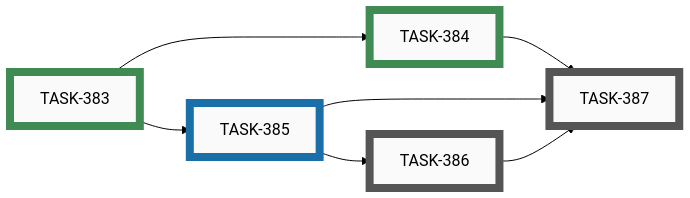
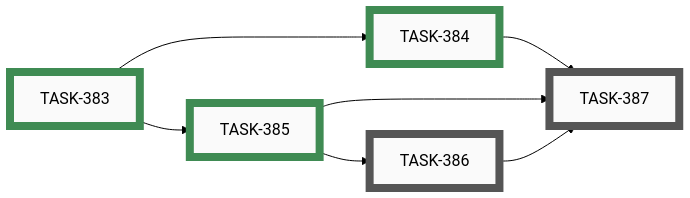
The tenth of 11 diagrams in docs/developers/tasks/EPICS.md (tgd1975/AwesomeGuitarPedal), drawn with Mermaid (forest theme) before and after one commit. The commit also changed other lines of this file and 3 other files, not shown here.

First line of the commit message:
close TASK-385: Wiring test tool — LED group modes (on/off/blinking/chase/cycle-all)

````diff
--- a/docs/developers/tasks/EPICS.md
+++ b/docs/developers/tasks/EPICS.md
@@ -374,27 +374,27 @@
 ```mermaid
 graph LR
     TASK_386["TASK-386"]:::open
     TASK_387["TASK-387"]:::open
-    TASK_385["TASK-385"]:::active
     TASK_383["TASK-383"]:::closed
     TASK_384["TASK-384"]:::closed
+    TASK_385["TASK-385"]:::closed
     TASK_385 --> TASK_386
     TASK_384 --> TASK_387
     TASK_385 --> TASK_387
     TASK_386 --> TASK_387
+    TASK_383 --> TASK_384
     TASK_383 --> TASK_385
-    TASK_383 --> TASK_384
     click TASK_386 "open/task-386-wiring-test-tool-led-individual-mode.md"
     click TASK_387 "open/task-387-wiring-test-tool-final-bindings-help-legend-builder-doc.md"
-    click TASK_385 "active/task-385-wiring-test-tool-led-group-modes.md"
     click TASK_383 "closed/task-383-wiring-test-tool-env-makefile-scaffolding.md"
     click TASK_384 "closed/task-384-wiring-test-tool-button-mode.md"
+    click TASK_385 "closed/task-385-wiring-test-tool-led-group-modes.md"
     classDef open    fill:#FAFAFA,stroke:#555,stroke-width:8px,color:#000
     classDef active  fill:#FAFAFA,stroke:#1A6FA8,stroke-width:8px,color:#000
     classDef closed  fill:#FAFAFA,stroke:#3F8B53,stroke-width:8px,color:#000
     classDef paused  fill:#FAFAFA,stroke:#B07810,stroke-width:8px,color:#000
     classDef openExt    fill:#000,stroke:#888,stroke-width:8px,color:#FFF
     classDef activeExt  fill:#000,stroke:#3FA9F5,stroke-width:8px,color:#FFF
     classDef closedExt  fill:#000,stroke:#7CC68A,stroke-width:8px,color:#FFF
     classDef pausedExt  fill:#000,stroke:#F0B030,stroke-width:8px,color:#FFF
 ```
````
